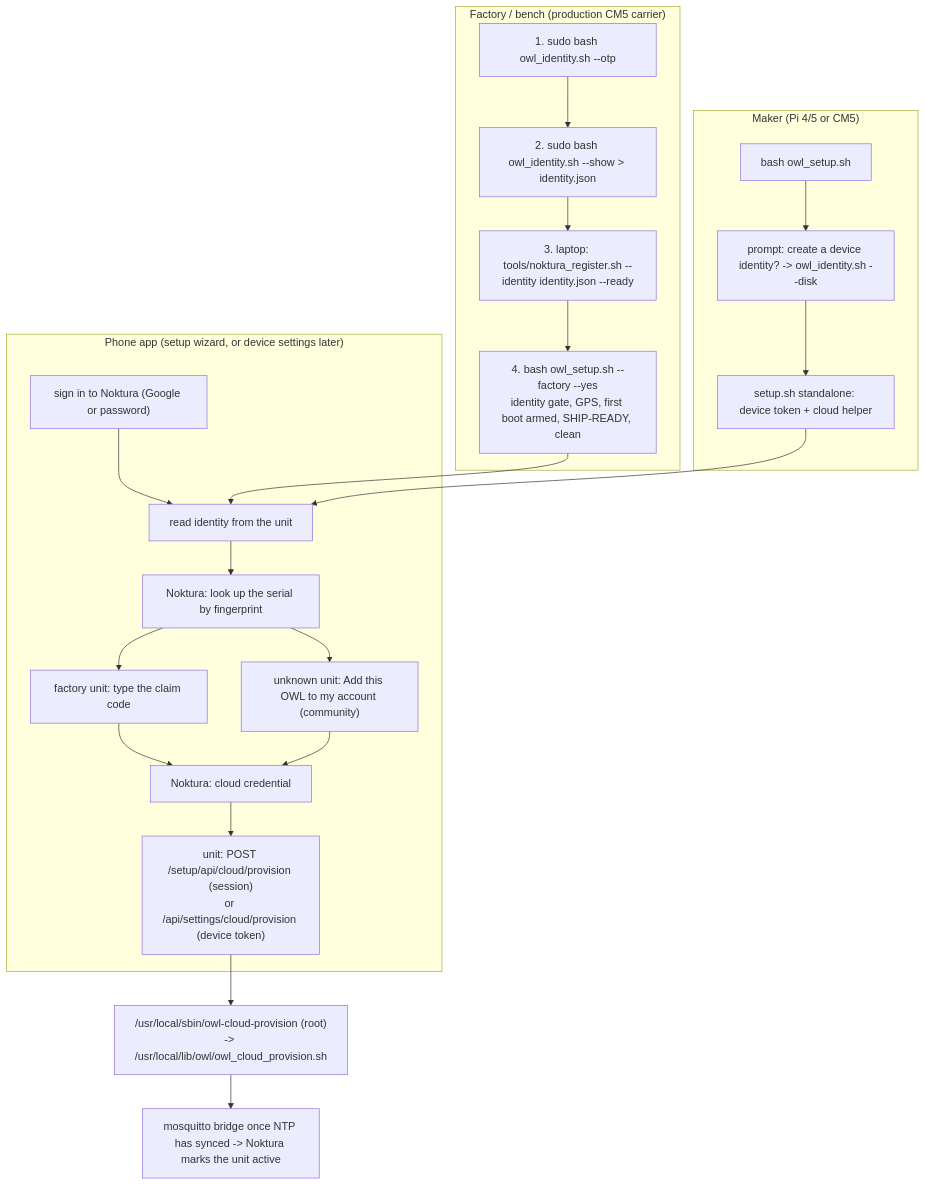
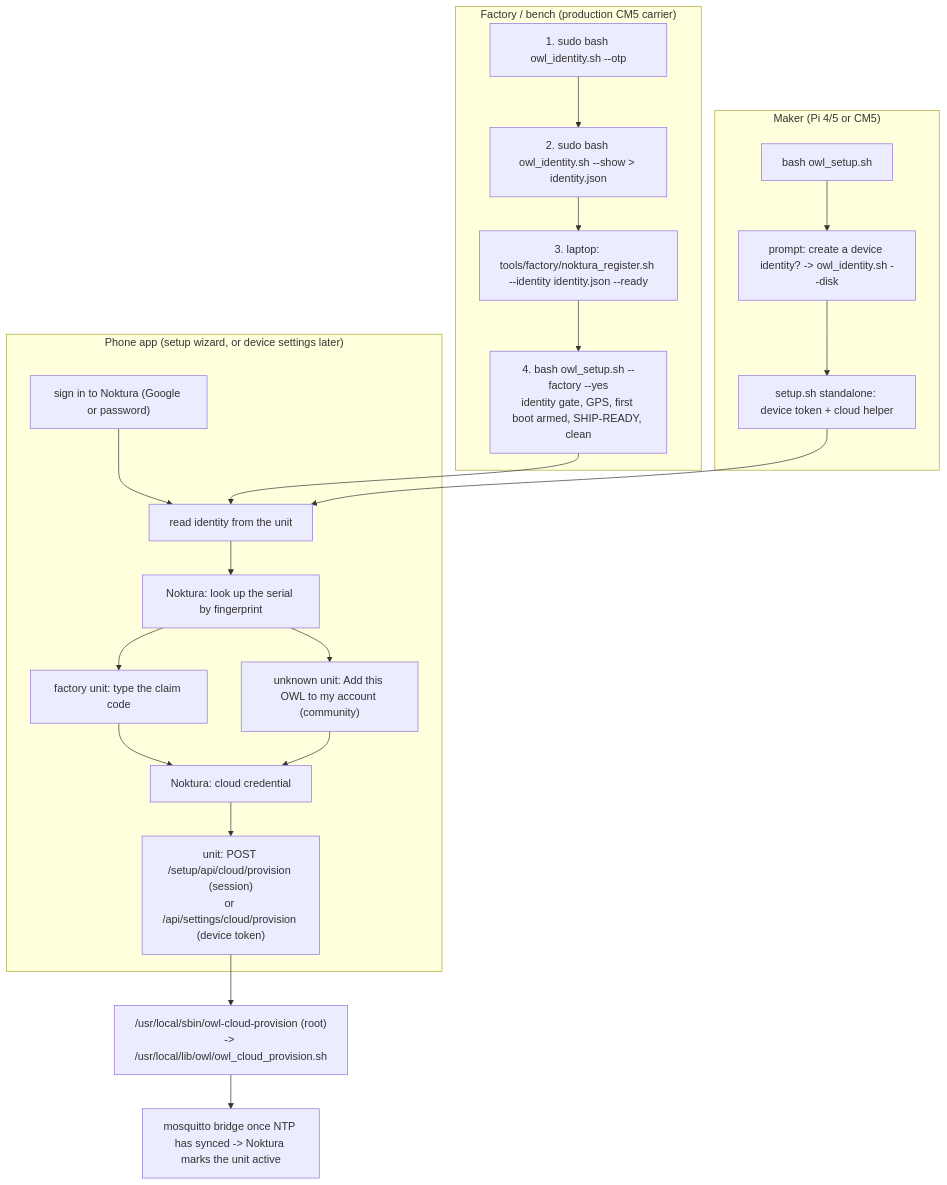
The diagram in controller/setup/README.md (geezacoleman/OpenWeedLocator), drawn with Mermaid before and after one commit. The commit also changed other lines of this file and 4 other files, not shown here.

Commit message:
add factory tools

````diff
--- a/controller/setup/README.md
+++ b/controller/setup/README.md
@@ -128,33 +128,33 @@
 ```mermaid
 flowchart TB
   subgraph FACTORY["Factory / bench (production CM5 carrier)"]
     F1["1. sudo bash owl_identity.sh --otp"]
     F2["2. sudo bash owl_identity.sh --show &gt; identity.json"]
-    F3["3. laptop: tools/noktura_register.sh --identity identity.json --ready"]
+    F3["3. laptop: tools/factory/noktura_register.sh --identity identity.json --ready"]
     F4["4. bash owl_setup.sh --factory --yes<br/>identity gate, GPS, first boot armed, SHIP-READY, clean"]
     F1 --> F2 --> F3 --> F4
   end
   subgraph MAKER["Maker (Pi 4/5 or CM5)"]
     M1["bash owl_setup.sh"]
     M2["prompt: create a device identity? -&gt; owl_identity.sh --disk"]
     M3["setup.sh standalone: device token + cloud helper"]
     M1 --> M2 --> M3
   end
   subgraph APP["Phone app (setup wizard, or device settings later)"]
     A1["sign in to Noktura (Google or password)"]
     A2["read identity from the unit"]
     A3["Noktura: look up the serial by fingerprint"]
     A4["factory unit: type the claim code"]
     A5["unknown unit: Add this OWL to my account (community)"]
     A6["Noktura: cloud credential"]
     A7["unit: POST /setup/api/cloud/provision (session)<br/>or /api/settings/cloud/provision (device token)"]
     A1 --> A2 --> A3
     A3 --> A4 --> A6
     A3 --> A5 --> A6
     A6 --> A7
   end
   F4 --> A2
   M3 --> A2
   A7 --> H["/usr/local/sbin/owl-cloud-provision (root)<br/>-&gt; /usr/local/lib/owl/owl_cloud_provision.sh"]
   H --> B["mosquitto bridge once NTP has synced -&gt; Noktura marks the unit active"]
 ```
````
